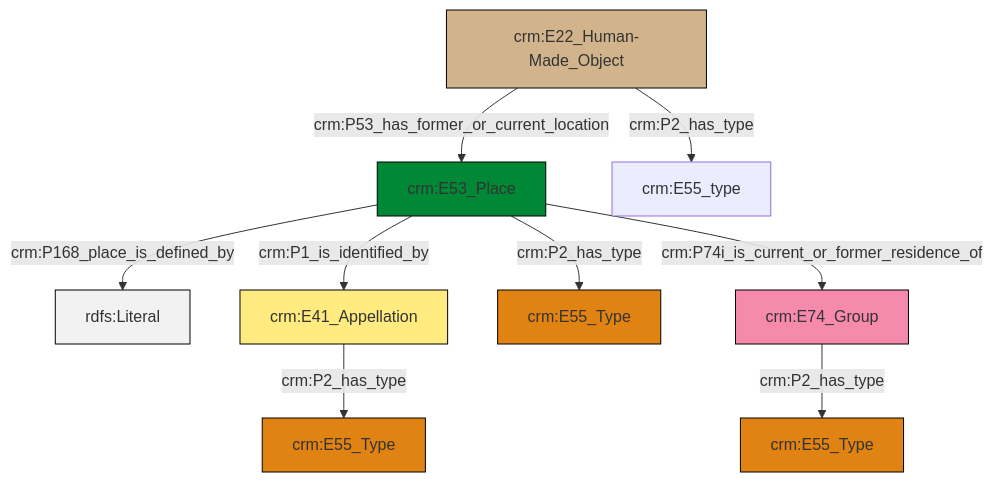
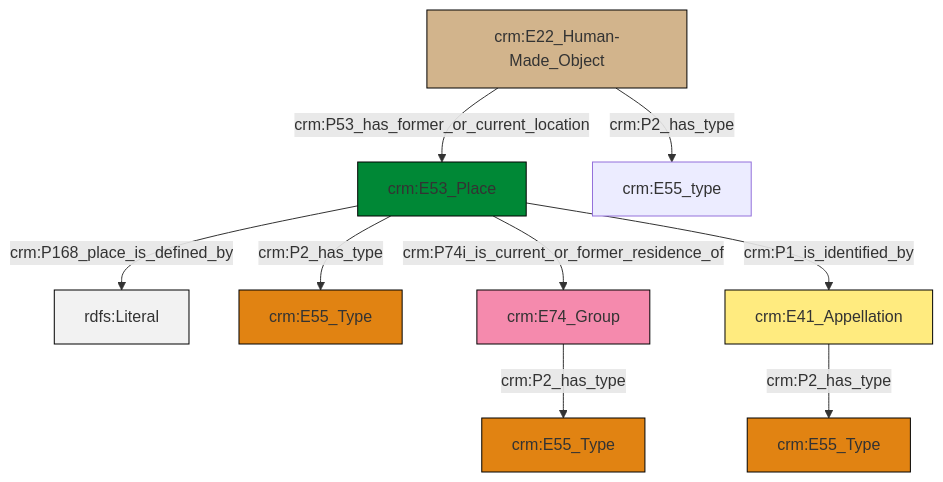
One commit to swiss-art-research-net/docs.swissartresearch changed the diagram in et/artworkCSV/ttl/mmd/Artwork_Location.ttl.mmd. Above: the diagram before and after it, drawn with Mermaid. The commit also changed 237 other files, not shown here.

```diff
--- a/et/artworkCSV/ttl/mmd/Artwork_Location.ttl.mmd
+++ b/et/artworkCSV/ttl/mmd/Artwork_Location.ttl.mmd
@@ -1,23 +1,23 @@
 graph TD
 classDef Literal fill:#f2f2f2,stroke:#000000;
 classDef CRM_Entity fill:#FFFFFF,stroke:#000000;
 classDef Temporal_Entity fill:#00C9E6, stroke:#000000;
 classDef Type fill:#E18312, stroke:#000000;
 classDef Time-Span fill:#2C9C91, stroke:#000000;
 classDef Appellation fill:#FFEB7F, stroke:#000000;
 classDef Place fill:#008836, stroke:#000000;
 classDef Persistent_Item fill:#B266B2, stroke:#000000;
 classDef Conceptual_Object fill:#FFD700, stroke:#000000;
 classDef Physical_Thing fill:#D2B48C, stroke:#000000;
 classDef Actor fill:#f58aad, stroke:#000000;
 classDef PC_Classes fill:#4ce600, stroke:#000000;
 classDef Multi fill:#cccccc,stroke:#000000;
 
-0["crm:E53_Place"]:::Place -->|crm:P168_place_is_defined_by| 1[rdfs:Literal]:::Literal
-2["crm:E41_Appellation"]:::Appellation -->|crm:P2_has_type| 4["crm:E55_Type"]:::Type
-7["crm:E74_Group"]:::Actor -->|crm:P2_has_type| 8["crm:E55_Type"]:::Type
-10["crm:E22_Human-Made_Object"]:::Physical_Thing -->|crm:P2_has_type| 11["crm:E55_type"]:::Default
-0["crm:E53_Place"]:::Place -->|crm:P1_is_identified_by| 2["crm:E41_Appellation"]:::Appellation
-0["crm:E53_Place"]:::Place -->|crm:P74i_is_current_or_former_residence_of| 7["crm:E74_Group"]:::Actor
-10["crm:E22_Human-Made_Object"]:::Physical_Thing -->|crm:P53_has_former_or_current_location| 0["crm:E53_Place"]:::Place
-0["crm:E53_Place"]:::Place -->|crm:P2_has_type| 5["crm:E55_Type"]:::Type
+2["crm:E53_Place"]:::Place -->|crm:P168_place_is_defined_by| 3[rdfs:Literal]:::Literal
+2["crm:E53_Place"]:::Place -->|crm:P2_has_type| 6["crm:E55_Type"]:::Type
+8["crm:E22_Human-Made_Object"]:::Physical_Thing -->|crm:P2_has_type| 9["crm:E55_type"]:::Default
+12["crm:E41_Appellation"]:::Appellation -->|crm:P2_has_type| 0["crm:E55_Type"]:::Type
+10["crm:E74_Group"]:::Actor -->|crm:P2_has_type| 4["crm:E55_Type"]:::Type
+8["crm:E22_Human-Made_Object"]:::Physical_Thing -->|crm:P53_has_former_or_current_location| 2["crm:E53_Place"]:::Place
+2["crm:E53_Place"]:::Place -->|crm:P74i_is_current_or_former_residence_of| 10["crm:E74_Group"]:::Actor
+2["crm:E53_Place"]:::Place -->|crm:P1_is_identified_by| 12["crm:E41_Appellation"]:::Appellation
```
